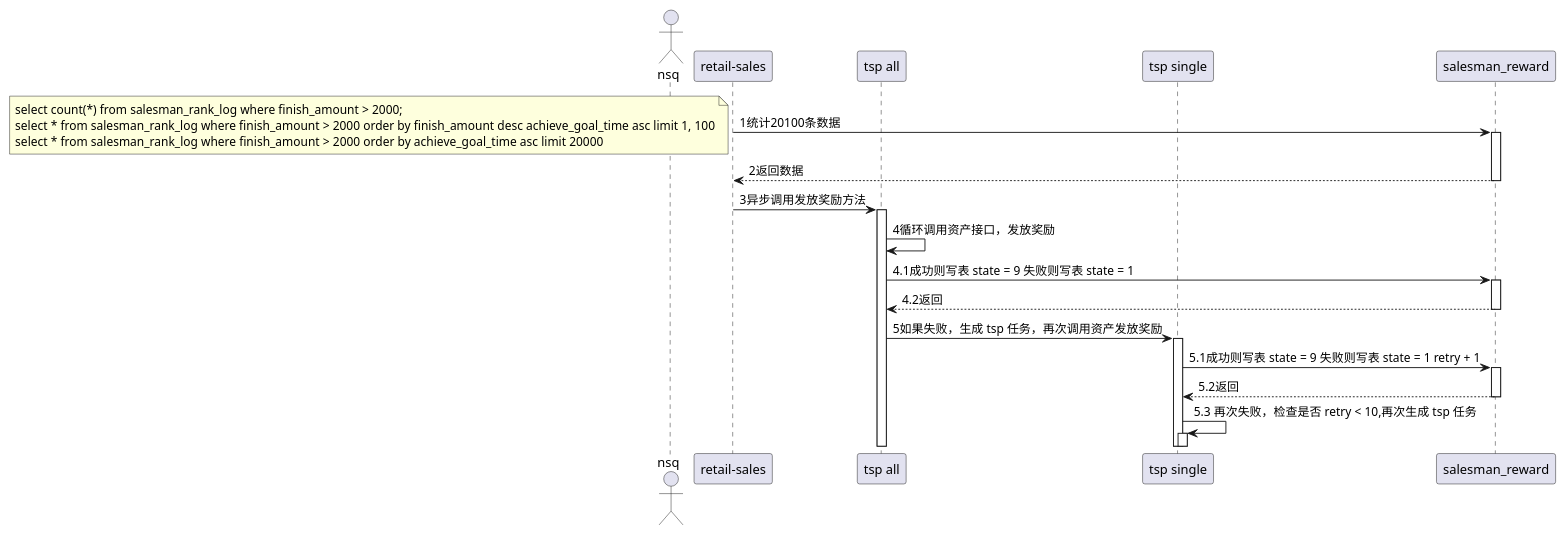
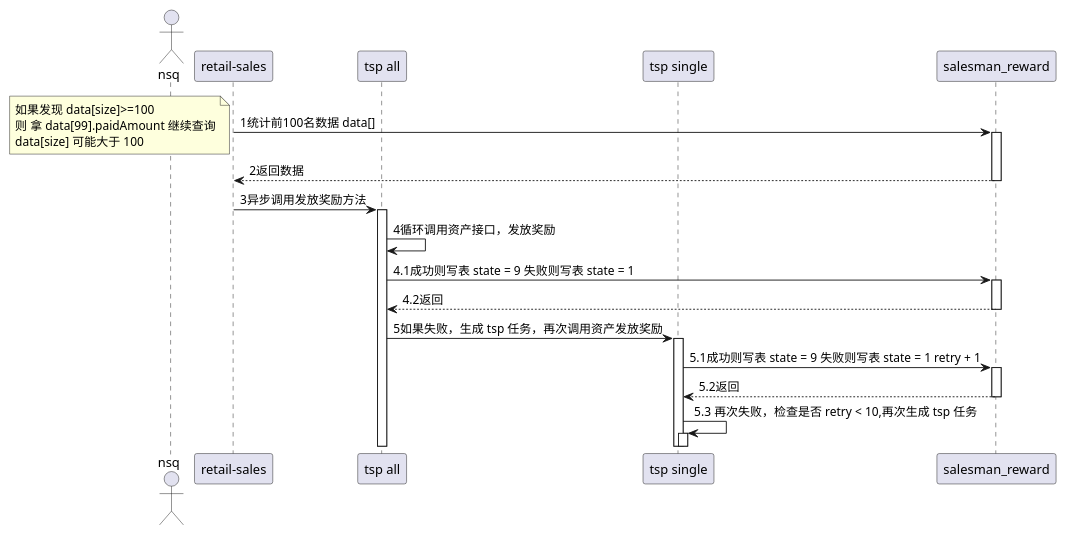
One commit to xauvlove/todo changed the diagram in target/classes/plants/金牌导购/发放奖励TSP流程.puml. Above: the diagram before and after it, drawn with PlantUML. The commit also changed 70 other files, not shown here.

```diff
--- a/target/classes/plants/金牌导购/发放奖励TSP流程.puml
+++ b/target/classes/plants/金牌导购/发放奖励TSP流程.puml
@@ -1,35 +1,36 @@
 @startuml
 actor nsq as nsq
 
 participant "retail-sales" as sales
 participant "tsp all" as all
 participant "tsp single" as sin
 participant "salesman_reward" as reward
 
-sales -> reward : 1统计20100条数据
+sales -> reward : 1统计前100名数据 data[]
 note left
-    select count(*) from salesman_rank_log where finish_amount > 2000;
-    select * from salesman_rank_log where finish_amount > 2000 order by finish_amount desc achieve_goal_time asc limit 1, 100
-    select * from salesman_rank_log where finish_amount > 2000 order by achieve_goal_time asc limit 20000
+    如果发现 data[size]>=100
+    则 拿 data[99].paidAmount 继续查询
+    data[size] 可能大于 100
 end note
+
 activate reward
 return 2返回数据
 
 sales -> all : 3异步调用发放奖励方法
 activate all
 
 all -> all : 4循环调用资产接口，发放奖励
 all -> reward : 4.1成功则写表 state = 9 失败则写表 state = 1
 activate reward
 return 4.2返回
 
 all -> sin : 5如果失败，生成 tsp 任务，再次调用资产发放奖励
 activate sin
 sin -> reward : 5.1成功则写表 state = 9 失败则写表 state = 1 retry + 1
 activate reward
 return 5.2返回
 
 sin -> sin : 5.3 再次失败，检查是否 retry < 10,再次生成 tsp 任务
 activate sin
 
 @enduml
```
